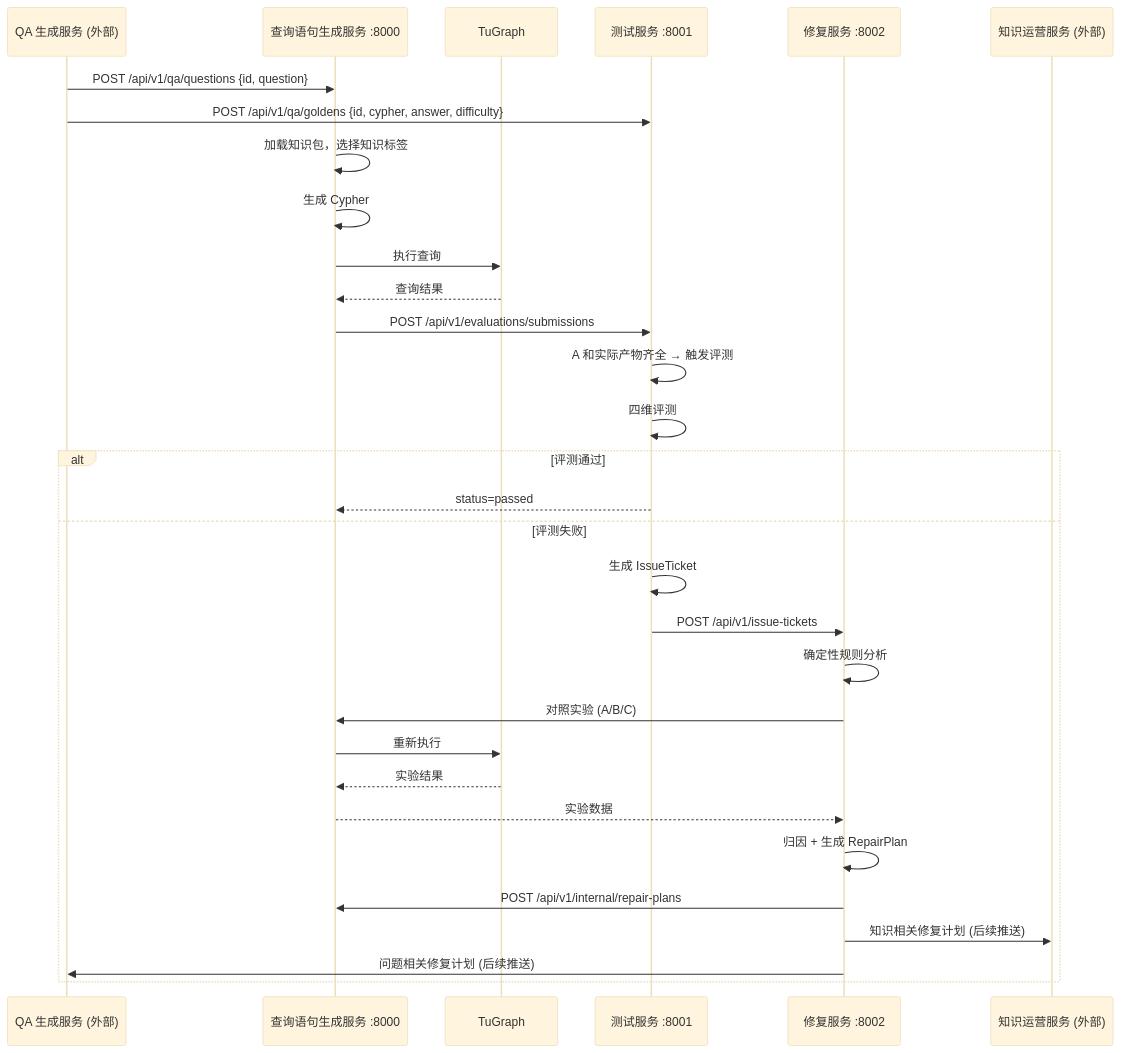
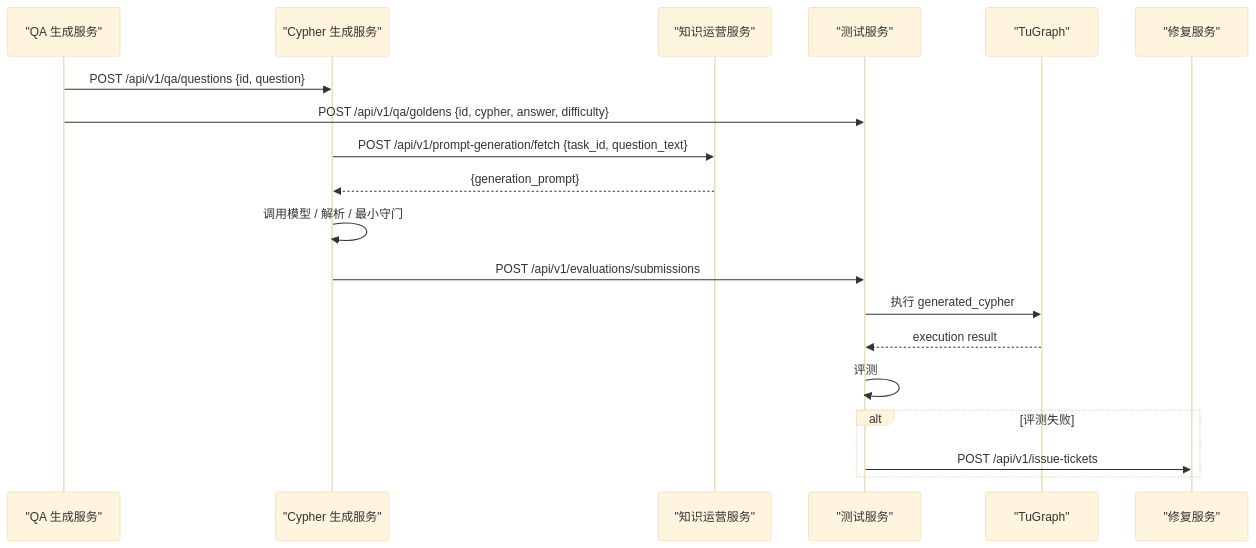
One commit to mangow0527/NL2Cypher changed the diagram in docs/workflow.md. Above: the diagram before and after it, drawn with Mermaid (base theme). The commit also changed other lines of this file and 23 other files, not shown here.

````diff
--- a/docs/workflow.md
+++ b/docs/workflow.md
@@ -92,40 +118,22 @@
 ```mermaid
 sequenceDiagram
-    participant QA as QA 生成服务 (外部)
-    participant QG as 查询语句生成服务 :8000
-    participant TG as TuGraph
-    participant TS as 测试服务 :8001
-    participant RS as 修复服务 :8002
-    participant KO as 知识运营服务 (外部)
+    participant QA as "QA 生成服务"
+    participant CG as "Cypher 生成服务"
+    participant KO as "知识运营服务"
+    participant TS as "测试服务"
+    participant TG as "TuGraph"
+    participant RS as "修复服务"
 
-    QA->>QG: POST /api/v1/qa/questions {id, question}
+    QA->>CG: POST /api/v1/qa/questions {id, question}
     QA->>TS: POST /api/v1/qa/goldens {id, cypher, answer, difficulty}
-
-    QG->>QG: 加载知识包，选择知识标签
-    QG->>QG: 生成 Cypher
-    QG->>TG: 执行查询
-    TG-->>QG: 查询结果
-    QG->>TS: POST /api/v1/evaluations/submissions
-
-    TS->>TS: A 和实际产物齐全 → 触发评测
-    TS->>TS: 四维评测
-
-    alt 评测通过
-        TS-->>QG: status=passed
-    else 评测失败
-        TS->>TS: 生成 IssueTicket
+    CG->>KO: POST /api/v1/prompt-generation/fetch {task_id, question_text}
+    KO-->>CG: {generation_prompt}
+    CG->>CG: 调用模型 / 解析 / 最小守门
+    CG->>TS: POST /api/v1/evaluations/submissions
+    TS->>TG: 执行 generated_cypher
+    TG-->>TS: execution result
+    TS->>TS: 评测
+    alt 评测失败
         TS->>RS: POST /api/v1/issue-tickets
-
-        RS->>RS: 确定性规则分析
-        RS->>QG: 对照实验 (A/B/C)
-        QG->>TG: 重新执行
-        TG-->>QG: 实验结果
-        QG-->>RS: 实验数据
-
-        RS->>RS: 归因 + 生成 RepairPlan
-
-        RS->>QG: POST /api/v1/internal/repair-plans
-        RS->>KO: 知识相关修复计划 (后续推送)
-        RS->>QA: 问题相关修复计划 (后续推送)
     end
 ```
````
